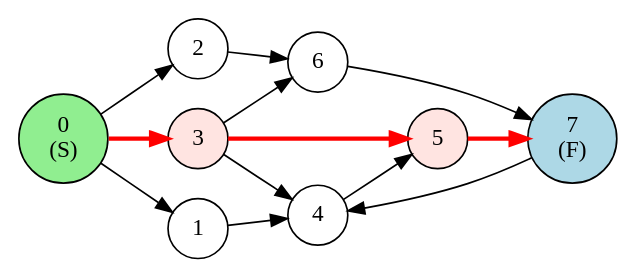
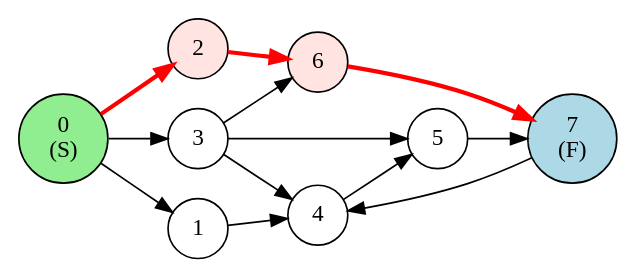
One commit to EndRiKeR/ExpertSystems changed the diagram in Examples/graph.width.dot. Above: the diagram before and after it, drawn with Graphviz. The commit also changed 8 other files, not shown here.

```diff
--- a/Examples/graph.width.dot
+++ b/Examples/graph.width.dot
@@ -1,26 +1,26 @@
 digraph G {
     rankdir=LR;
     node [shape=circle];
 
     0 [style=filled, fillcolor=lightgreen, label="0\n(S)"];
     1;
-    2;
-    3 [style=filled, fillcolor=mistyrose];
+    2 [style=filled, fillcolor=mistyrose];
+    3;
     4;
-    5 [style=filled, fillcolor=mistyrose];
-    6;
+    5;
+    6 [style=filled, fillcolor=mistyrose];
     7 [style=filled, fillcolor=lightblue, label="7\n(F)"];
 
+    0 -> 2 [color=red, penwidth=2.5];
     0 -> 1;
     1 -> 4;
-    0 -> 3 [color=red, penwidth=2.5];
+    0 -> 3;
     3 -> 4;
     7 -> 4;
     4 -> 5;
-    3 -> 5 [color=red, penwidth=2.5];
-    5 -> 7 [color=red, penwidth=2.5];
-    0 -> 2;
-    2 -> 6;
-    6 -> 7;
+    3 -> 5;
+    5 -> 7;
+    2 -> 6 [color=red, penwidth=2.5];
+    6 -> 7 [color=red, penwidth=2.5];
     3 -> 6;
 }
```
